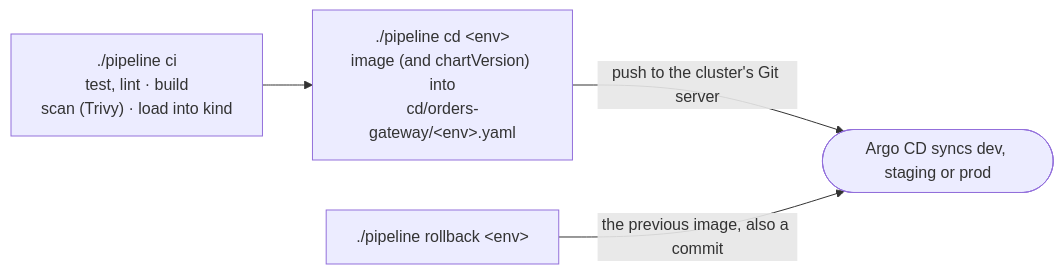
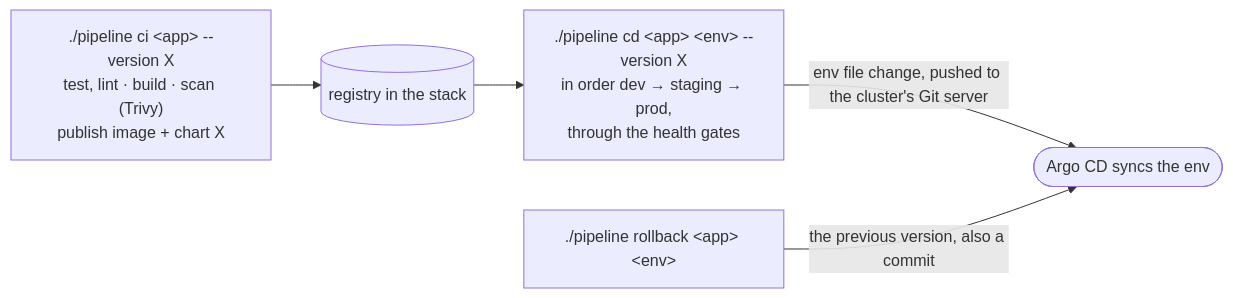
One commit to iantest11111989/orders-gateway-platform changed the second of 2 diagrams in README.md. Above: the diagram before and after it, drawn with Mermaid. The commit also changed 1 other file, not shown here.

Commit message:
docs: CI/CD for two apps: versions in the stack's registry, ordered promotion through gates
ci-cd-in-production.md and the README's pipeline diagram follow the
two-app design: ./pipeline ci --version publishes image and chart as one
version to the registry in the stack, ./pipeline cd --version promotes it
dev → staging → prod through the health gates, rollback goes back a
version. Production does the same from CI on a Git tag per app. The
release-folder and chartVersion text is gone.

````diff
--- a/README.md
+++ b/README.md
@@ -233,6 +233,7 @@
 ```mermaid
 flowchart LR
-  ci["./pipeline ci<br/>test, lint · build<br/>scan (Trivy) · load into kind"] --> cd["./pipeline cd &lt;env&gt;<br/>image (and chartVersion) into<br/>cd/orders-gateway/&lt;env&gt;.yaml"]
-  cd -->|"push to the cluster's Git server"| argo(["Argo CD syncs dev, staging or prod"])
-  rb["./pipeline rollback &lt;env&gt;"] -->|"the previous image, also a commit"| argo
+  ci["./pipeline ci &lt;app&gt; --version X<br/>test, lint · build · scan (Trivy)<br/>publish image + chart X"] --> reg[("registry in the stack")]
+  reg --> cd["./pipeline cd &lt;app&gt; &lt;env&gt; --version X<br/>in order dev → staging → prod,<br/>through the health gates"]
+  cd -->|"env file change, pushed to the cluster's Git server"| argo(["Argo CD syncs the env"])
+  rb["./pipeline rollback &lt;app&gt; &lt;env&gt;"] -->|"the previous version, also a commit"| argo
 ```
````
